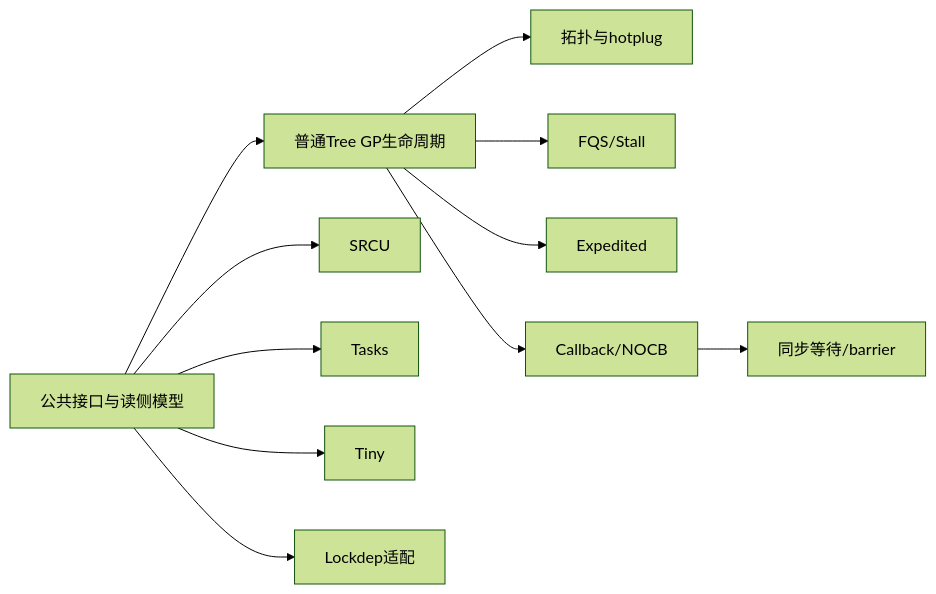
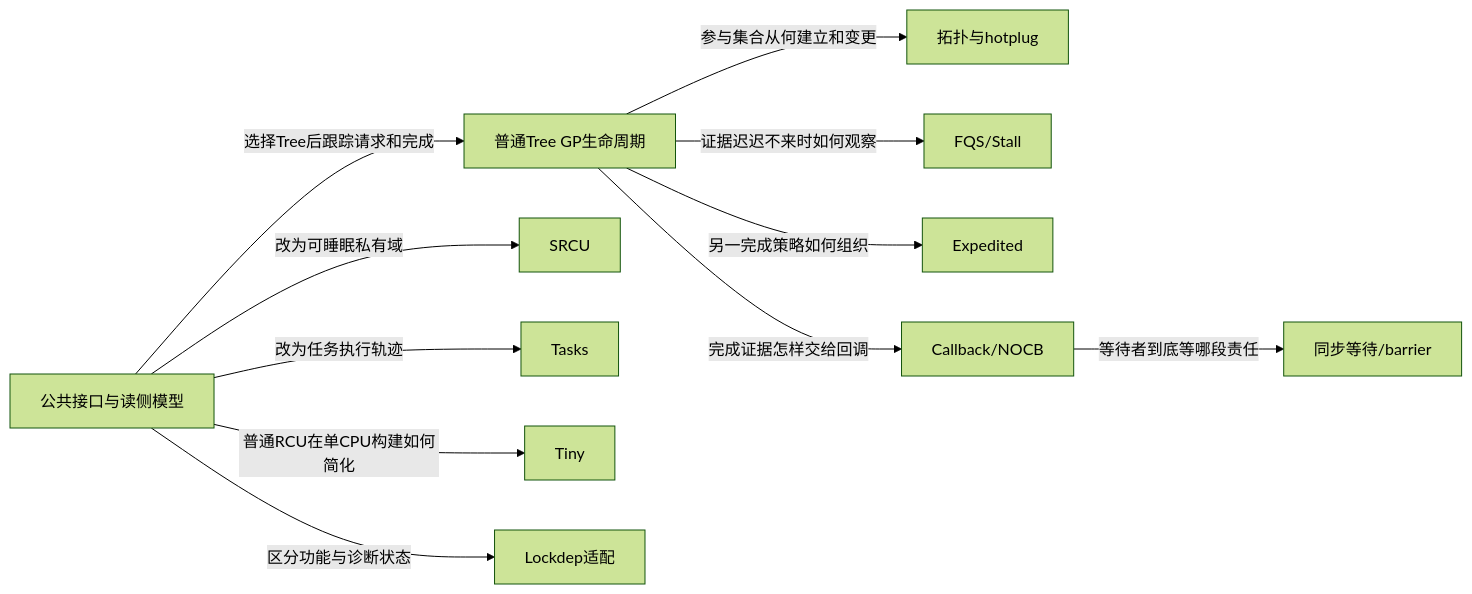
The diagram in research/source_reading/rcu/navigation/P01_Linux_6.12_RCU源码总阅读索引.md (FormingSystem/linux_note), drawn with Mermaid (forest theme) before and after one commit. The commit also changed other lines of this file, not shown here.

````diff
--- a/research/source_reading/rcu/navigation/P01_Linux_6.12_RCU源码总阅读索引.md
+++ b/research/source_reading/rcu/navigation/P01_Linux_6.12_RCU源码总阅读索引.md
@@ -45,13 +47,13 @@
 ```mermaid
 flowchart LR
-    A["公共接口与读侧模型"] --> B["普通Tree GP生命周期"]
-    B --> C["拓扑与hotplug"]
-    B --> D["FQS/Stall"]
-    B --> E["Expedited"]
-    B --> F["Callback/NOCB"]
-    F --> G["同步等待/barrier"]
-    A --> H["SRCU"]
-    A --> I["Tasks"]
-    A --> J["Tiny"]
-    A --> K["Lockdep适配"]
+    A["公共接口与读侧模型"] -->|"选择Tree后跟踪请求和完成"| B["普通Tree GP生命周期"]
+    B -->|"参与集合从何建立和变更"| C["拓扑与hotplug"]
+    B -->|"证据迟迟不来时如何观察"| D["FQS/Stall"]
+    B -->|"另一完成策略如何组织"| E["Expedited"]
+    B -->|"完成证据怎样交给回调"| F["Callback/NOCB"]
+    F -->|"等待者到底等哪段责任"| G["同步等待/barrier"]
+    A -->|"改为可睡眠私有域"| H["SRCU"]
+    A -->|"改为任务执行轨迹"| I["Tasks"]
+    A -->|"普通RCU在单CPU构建如何简化"| J["Tiny"]
+    A -->|"区分功能与诊断状态"| K["Lockdep适配"]
 ```
````
